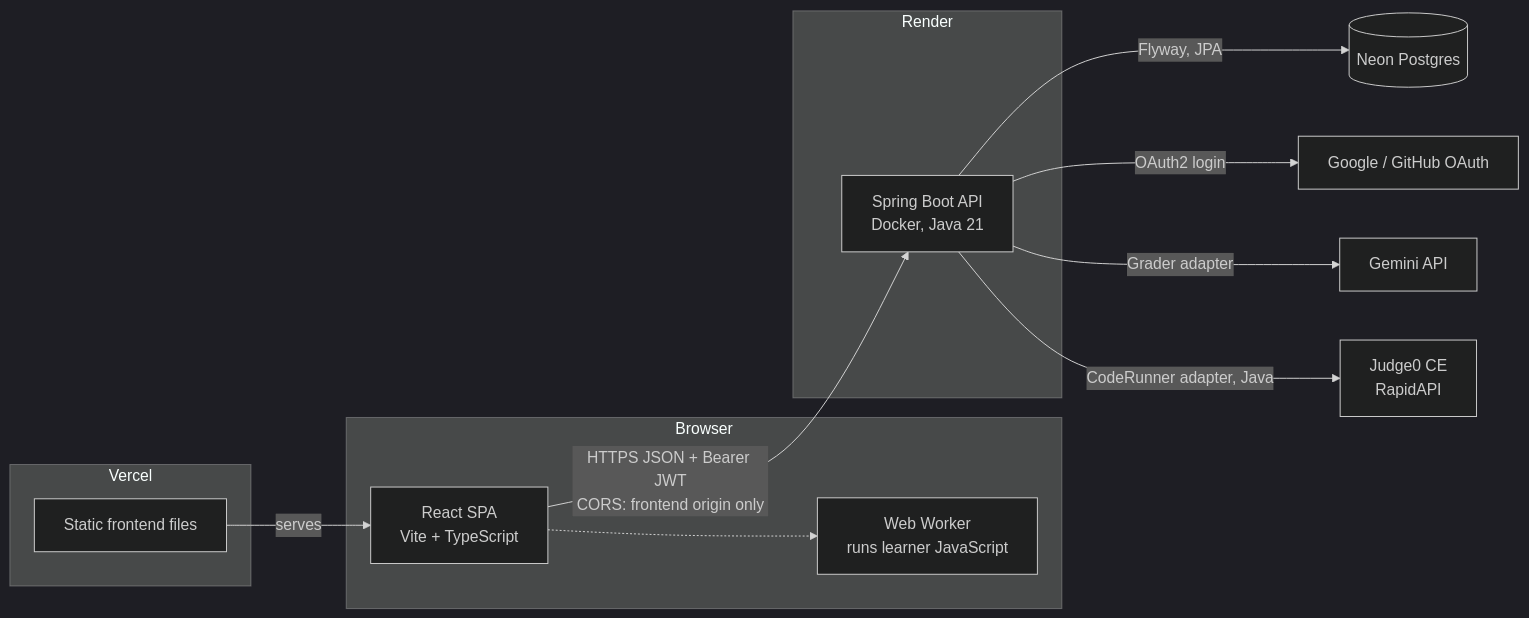
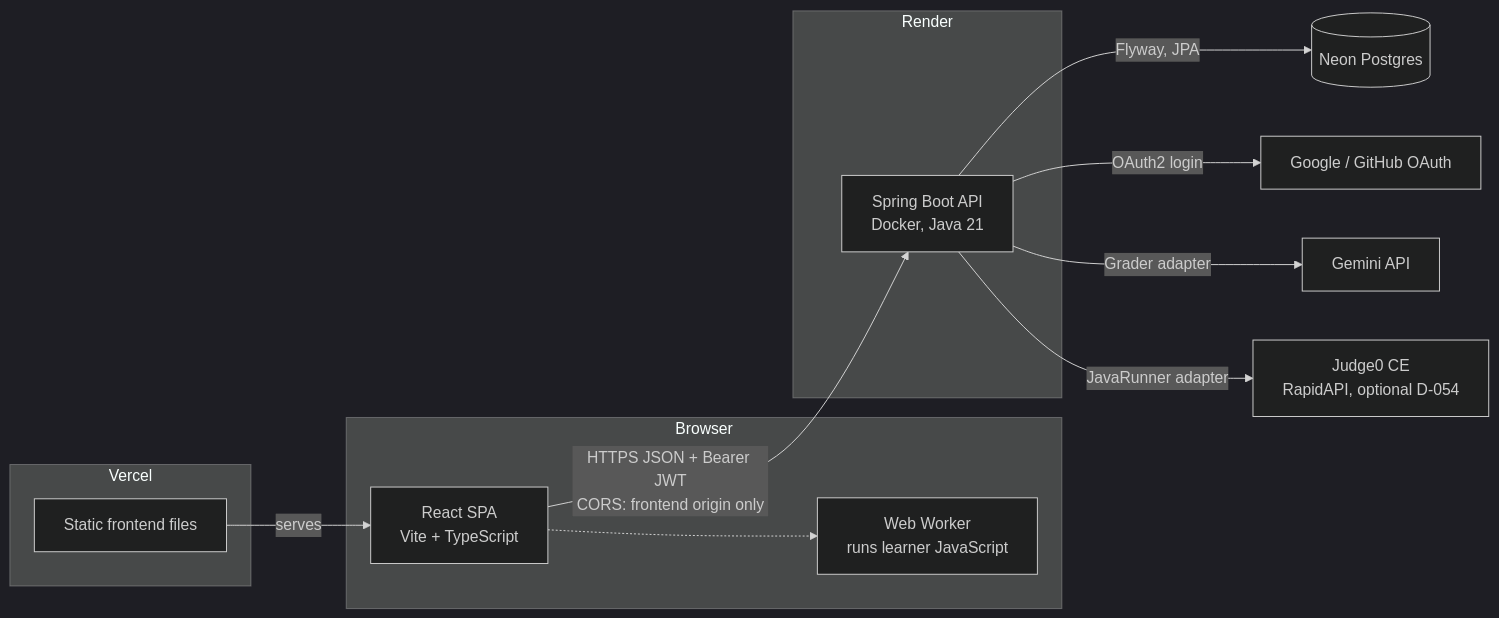
Before and after one commit to lamkhai0604/algoquest: the first of 8 diagrams in docs/ARCHITECTURE.md, drawn with Mermaid (dark theme). The commit also changed other lines of this file and 18 other files, not shown here.

````diff
--- a/docs/ARCHITECTURE.md
+++ b/docs/ARCHITECTURE.md
@@ -13,24 +13,24 @@
 ```mermaid
 flowchart LR
     subgraph Browser
       FE[React SPA<br/>Vite + TypeScript]
       W[Web Worker<br/>runs learner JavaScript]
     end
     subgraph Vercel
       ST[Static frontend files]
     end
     subgraph Render
       BE[Spring Boot API<br/>Docker, Java 21]
     end
     DB[(Neon Postgres)]
     OA[Google / GitHub OAuth]
     G[Gemini API]
-    J[Judge0 CE<br/>RapidAPI]
+    J[Judge0 CE<br/>RapidAPI, optional D-054]
     ST -->|serves| FE
     FE -->|HTTPS JSON + Bearer JWT<br/>CORS: frontend origin only| BE
     FE -.-> W
     BE -->|Flyway, JPA| DB
     BE -->|OAuth2 login| OA
     BE -->|Grader adapter| G
-    BE -->|CodeRunner adapter, Java| J
+    BE -->|JavaRunner adapter| J
 ```
````
